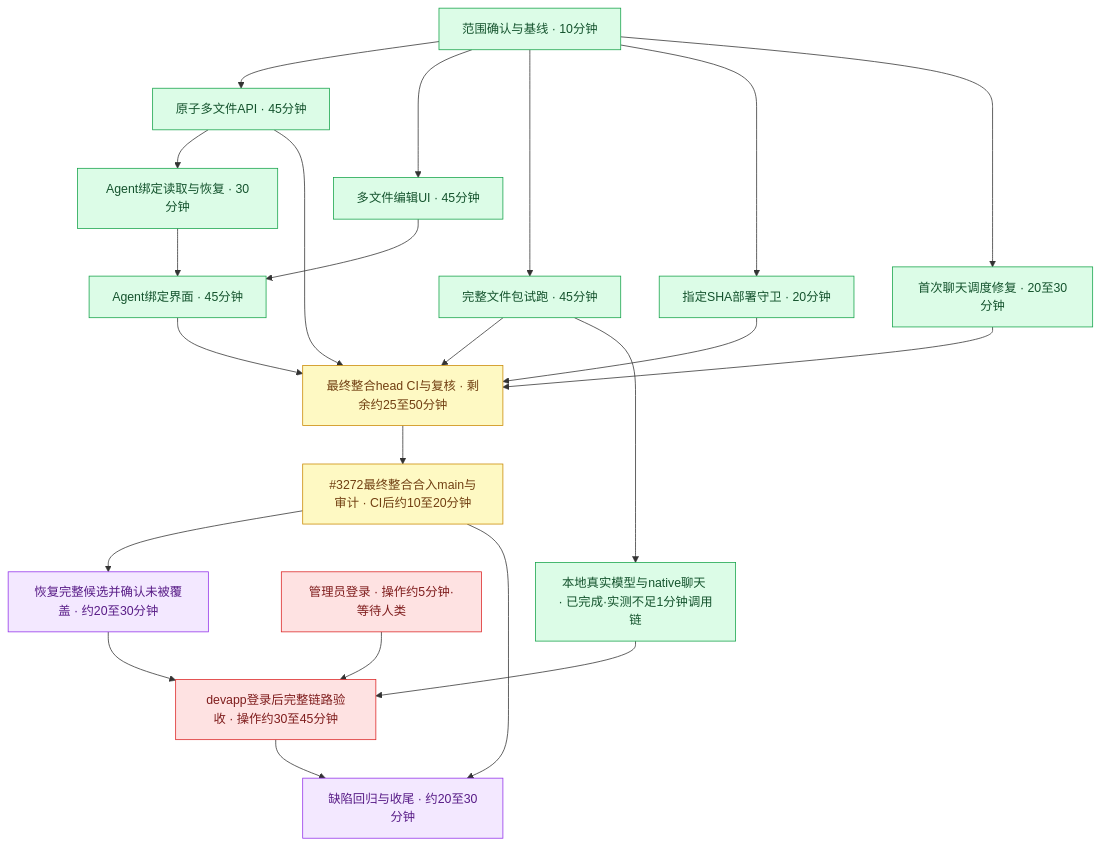
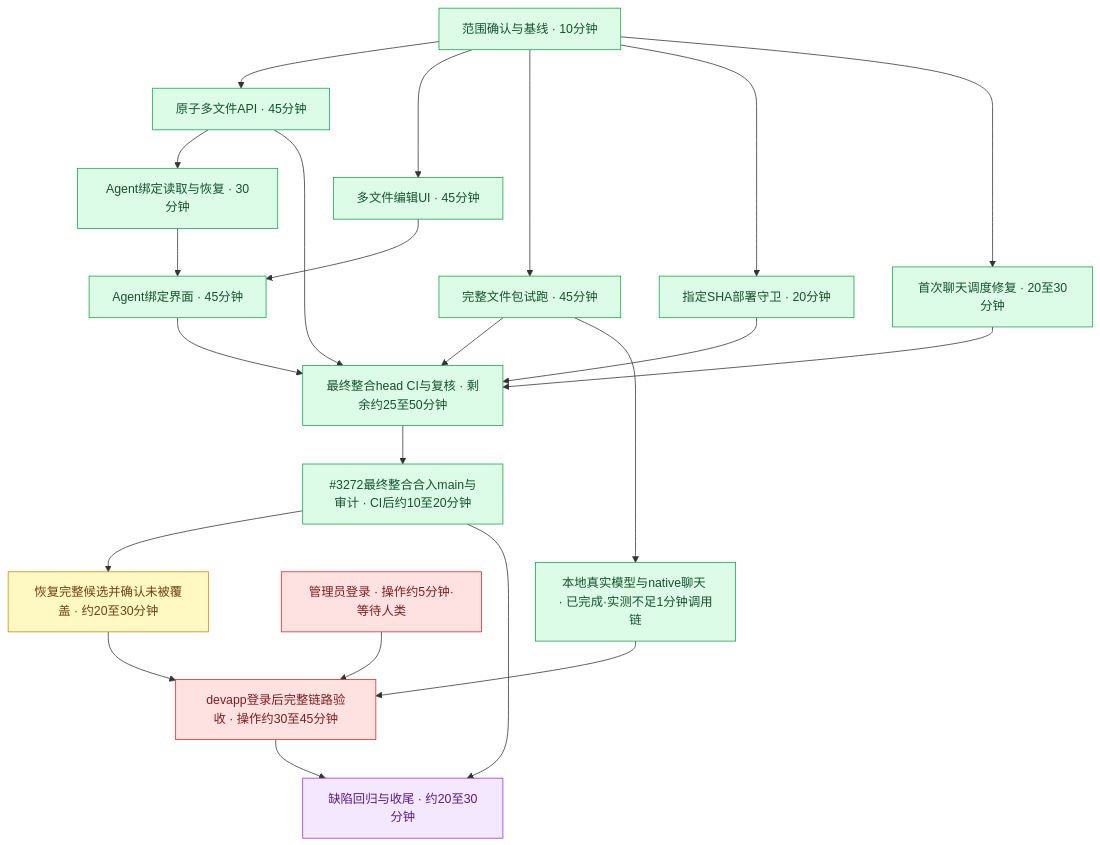
The diagram in docs/delivery/skill-multifile-five-hour-2026-09-10.md (boardx/workspacex), drawn with Mermaid before and after one commit. The commit also changed other lines of this file and 2 other files, not shown here.

````diff
--- a/docs/delivery/skill-multifile-five-hour-2026-09-10.md
+++ b/docs/delivery/skill-multifile-five-hour-2026-09-10.md
@@ -41,34 +41,35 @@
 ```mermaid
 flowchart TD
  A[范围确认与基线 · 10分钟] --> B[原子多文件API · 45分钟]
  A --> C[多文件编辑UI · 45分钟]
  A --> D[完整文件包试跑 · 45分钟]
  A --> E[指定SHA部署守卫 · 20分钟]
  B --> F[Agent绑定读取与恢复 · 30分钟]
  C --> G[Agent绑定界面 · 45分钟]
  F --> G
  B --> H[最终整合head CI与复核 · 剩余约25至50分钟]
  D --> H
  E --> H
  G --> H
  A --> Q[首次聊天调度修复 · 20至30分钟]
  Q --> H
  R --> I[恢复完整候选并确认未被覆盖 · 约20至30分钟]
  L[管理员登录 · 操作约5分钟·等待人类] --> J[devapp登录后完整链路验收 · 操作约30至45分钟]
  I --> J
  J --> K[缺陷回归与收尾 · 约20至30分钟]
  D --> M[本地真实模型与native聊天 · 已完成·实测不足1分钟调用链]
  M --> J
  H --> R[#3272最终整合合入main与审计 · CI后约10至20分钟]
  R --> K
  classDef done fill:#dcfce7,stroke:#16a34a,color:#14532d
  classDef active fill:#fef9c3,stroke:#ca8a04,color:#713f12
  classDef blocked fill:#fee2e2,stroke:#dc2626,color:#7f1d1d
  classDef pending fill:#f3e8ff,stroke:#9333ea,color:#581c87
  class A,B,C,D,E,F,G done
  class Q,M done
- class H active
- class R active
+ class H done
+ class R done
  class L,J blocked
- class I,K pending
+ class I active
+ class K pending
 ```
````
